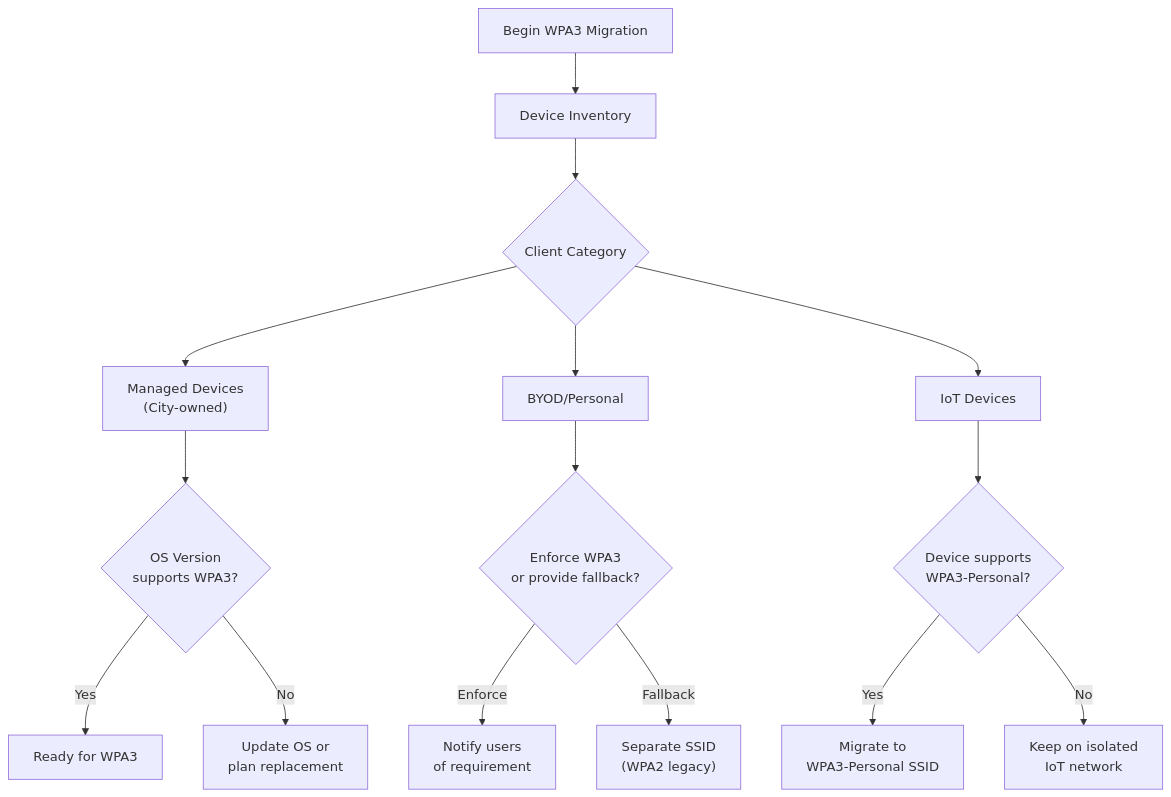
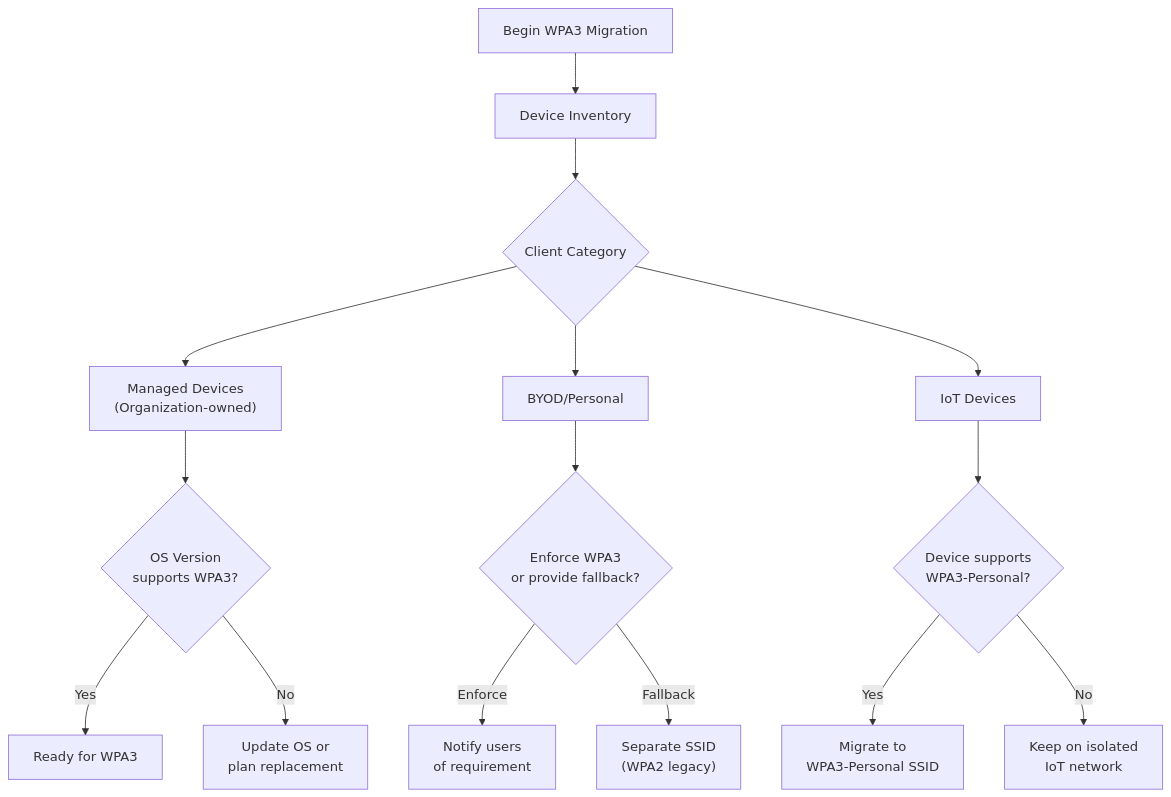
The seventh of 10 diagrams in docs/security/wpa3-enterprise.md (NewOrleansITI/networkstandards), drawn with Mermaid before and after one commit. The commit also changed other lines of this file and 17 other files, not shown here.

````diff
--- a/docs/security/wpa3-enterprise.md
+++ b/docs/security/wpa3-enterprise.md
@@ -320,21 +320,21 @@
 ```mermaid
 flowchart TD
     START[Begin WPA3 Migration] --> INVENTORY[Device Inventory]
 
     INVENTORY --> CAT1{Client Category}
-    CAT1 --> MANAGED["Managed Devices<br/>(City-owned)"]
+    CAT1 --> MANAGED["Managed Devices<br/>(Organization-owned)"]
     CAT1 --> BYOD["BYOD/Personal"]
     CAT1 --> IOT["IoT Devices"]
 
     MANAGED --> M_CHECK{OS Version<br/>supports WPA3?}
     M_CHECK -->|Yes| M_READY["Ready for WPA3"]
     M_CHECK -->|No| M_UPDATE["Update OS or<br/>plan replacement"]
 
     BYOD --> B_CHECK{Enforce WPA3<br/>or provide fallback?}
     B_CHECK -->|Enforce| B_NOTIFY["Notify users<br/>of requirement"]
     B_CHECK -->|Fallback| B_SEPARATE["Separate SSID<br/>(WPA2 legacy)"]
 
     IOT --> I_CHECK{Device supports<br/>WPA3-Personal?}
     I_CHECK -->|Yes| I_MIGRATE["Migrate to<br/>WPA3-Personal SSID"]
     I_CHECK -->|No| I_ISOLATE["Keep on isolated<br/>IoT network"]
 ```
````
